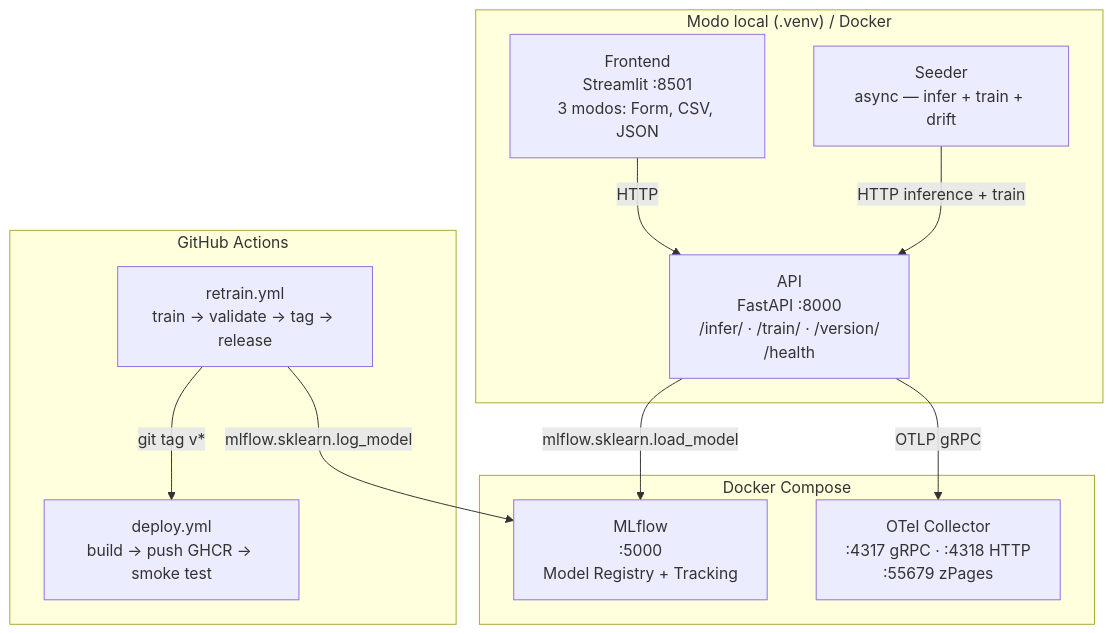
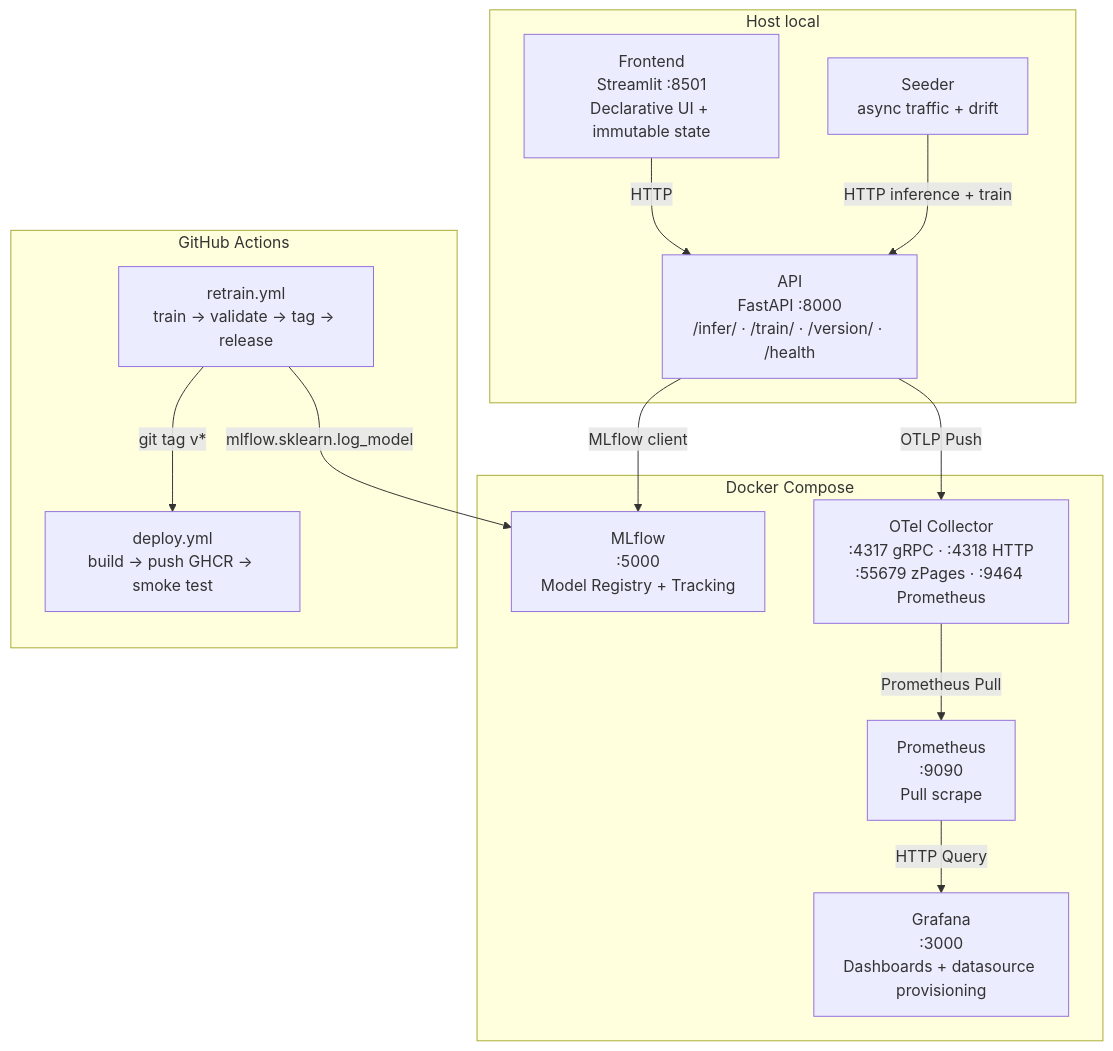
Before and after one commit to VSXR/PipelineModeling: the first of 3 diagrams in docs/architecture.md, drawn with Mermaid. The commit also changed other lines of this file and 27 other files, not shown here.

Commit message:
Falta Graphana y corregir posibles errores + corregir app frontend

````diff
--- a/docs/architecture.md
+++ b/docs/architecture.md
@@ -7,25 +7,29 @@
 ```mermaid
 graph TB
-    subgraph local["Modo local (.venv) / Docker"]
-        FE["Frontend\nStreamlit :8501\n3 modos: Form, CSV, JSON"]
-        SE["Seeder\nasync — infer + train + drift"]
-        API["API\nFastAPI :8000\n/infer/ · /train/ · /version/\n/health"]
+    subgraph host["Host local"]
+        FE["Frontend\nStreamlit :8501\nDeclarative UI + immutable state"]
+        API["API\nFastAPI :8000\n/infer/ · /train/ · /version/ · /health"]
+        SE["Seeder\nasync traffic + drift"]
     end
 
     subgraph docker["Docker Compose"]
         MLFLOW["MLflow\n:5000\nModel Registry + Tracking"]
-        OTEL["OTel Collector\n:4317 gRPC · :4318 HTTP\n:55679 zPages"]
+        OTEL["OTel Collector\n:4317 gRPC · :4318 HTTP\n:55679 zPages · :9464 Prometheus"]
+        PROM["Prometheus\n:9090\nPull scrape"]
+        GRAF["Grafana\n:3000\nDashboards + datasource provisioning"]
     end
 
     subgraph ci["GitHub Actions"]
         CI["retrain.yml\ntrain → validate → tag → release"]
         CD["deploy.yml\nbuild → push GHCR → smoke test"]
     end
 
-    FE  -->|HTTP| API
-    SE  -->|HTTP inference + train| API
-    API -->|OTLP gRPC| OTEL
-    API -->|mlflow.sklearn.load_model| MLFLOW
-    CI  -->|mlflow.sklearn.log_model| MLFLOW
-    CI  -->|git tag v*| CD
+    FE -->|HTTP| API
+    SE -->|HTTP inference + train| API
+    API -->|OTLP Push| OTEL
+    OTEL -->|Prometheus Pull| PROM
+    PROM -->|HTTP Query| GRAF
+    API -->|MLflow client| MLFLOW
+    CI -->|mlflow.sklearn.log_model| MLFLOW
+    CI -->|git tag v*| CD
 ```
````
